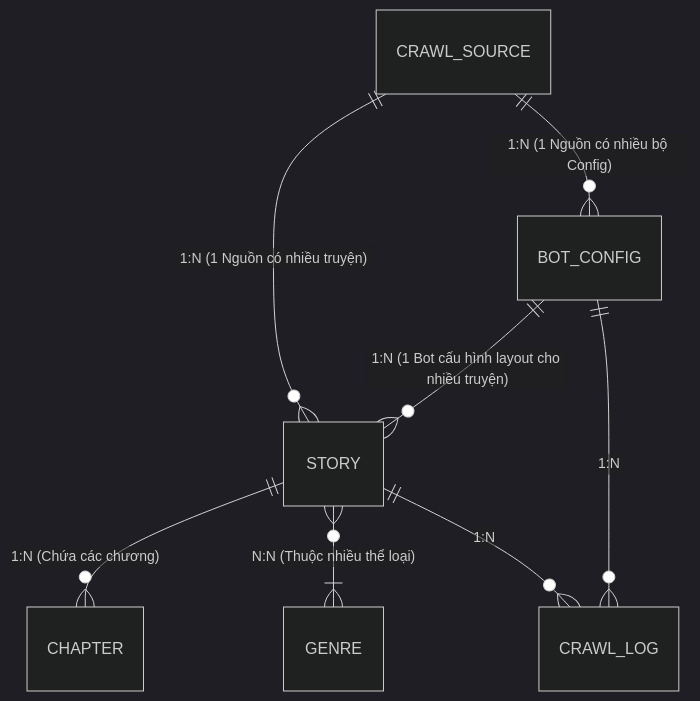
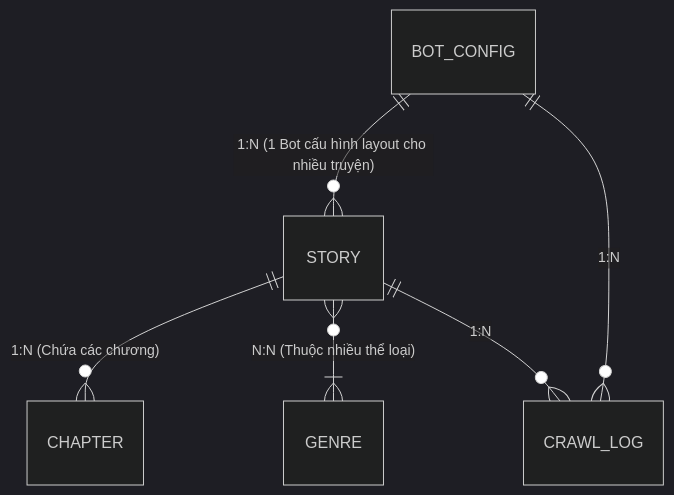
Before and after one commit to qhuy2412/manga_bot: the sixth of 7 diagrams in docs/SDS.md, drawn with Mermaid (dark theme). The commit also changed other lines of this file and 28 other files, not shown here.

Commit message:
refactor: restructure api-server into layered modular architecture

````diff
--- a/docs/SDS.md
+++ b/docs/SDS.md
@@ -373,10 +305,8 @@
 ```mermaid
 erDiagram
-    CRAWL_SOURCE ||--o{ BOT_CONFIG : "1:N (1 Nguồn có nhiều bộ Config)"
-    CRAWL_SOURCE ||--o{ STORY : "1:N (1 Nguồn có nhiều truyện)"
     BOT_CONFIG ||--o{ STORY : "1:N (1 Bot cấu hình layout cho nhiều truyện)"
     STORY ||--o{ CHAPTER : "1:N (Chứa các chương)"
     STORY }o--|{ GENRE : "N:N (Thuộc nhiều thể loại)"
     STORY ||--o{ CRAWL_LOG : "1:N"
     BOT_CONFIG ||--o{ CRAWL_LOG : "1:N"
 ```
````
